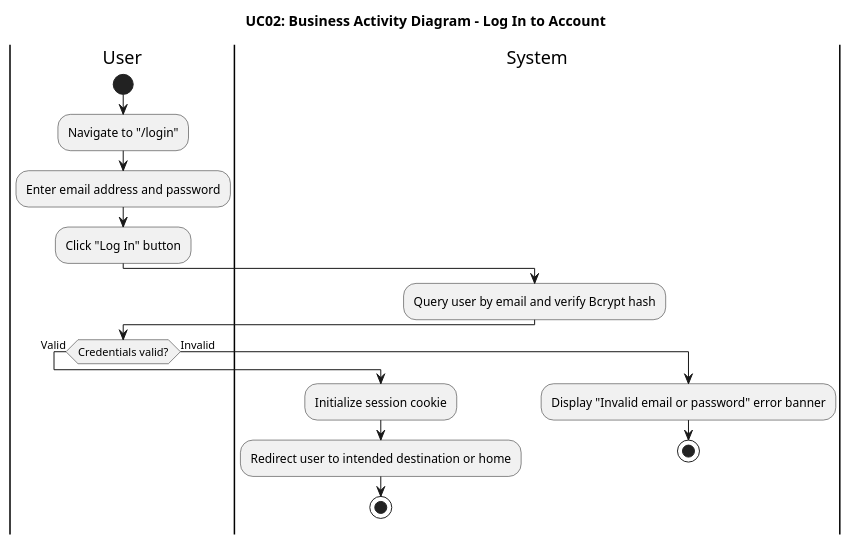
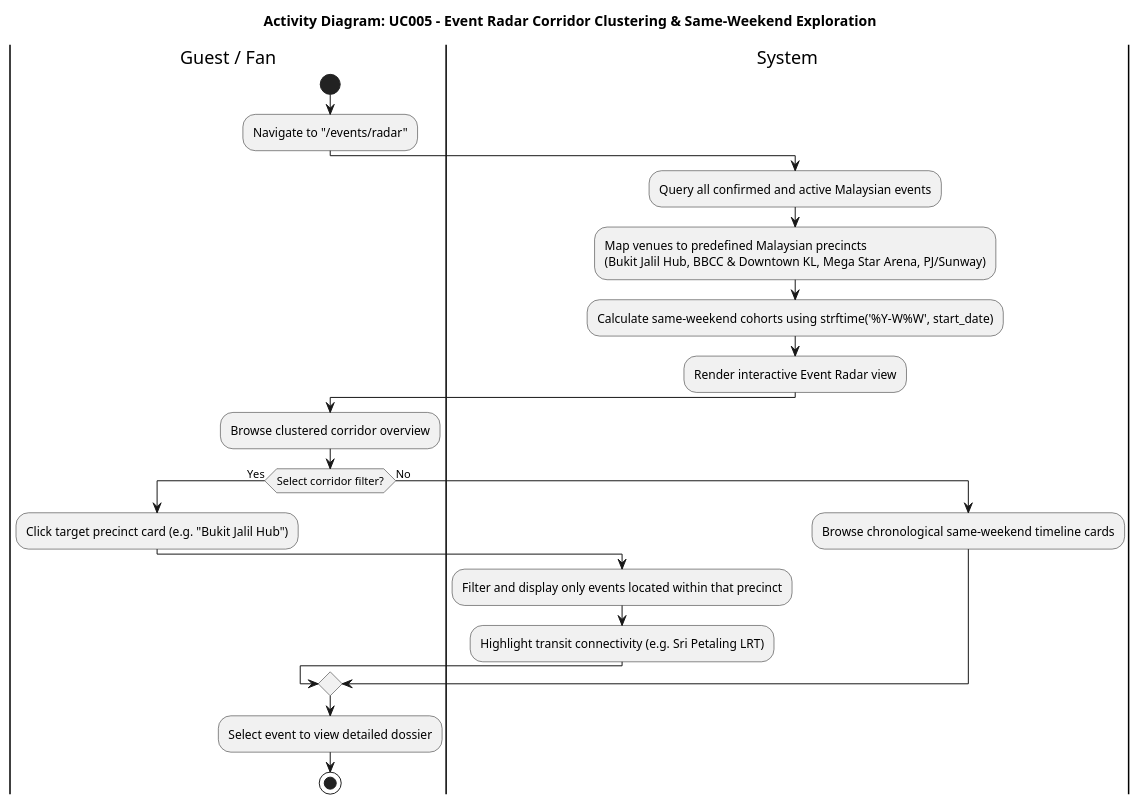
The second of 7 diagrams in docs/KSync_Business_Activity_Diagrams_All.puml (ammarsyaathir/ksync), drawn with PlantUML before and after one commit. The commit also changed other lines of this file and 12 other files, not shown here.

Commit message:
feat(redesign): complete system architecture redesign with Impeccable design system tokens, 42 use cases, PlantUML diagrams, 14-table ERD, and recompiled academic SRS deliverables

```diff
--- a/docs/KSync_Business_Activity_Diagrams_All.puml
+++ b/docs/KSync_Business_Activity_Diagrams_All.puml
@@ -40,27 +62,26 @@
-@startuml UC02_Activity
-skinparam monochrome true
-skinparam shadowing false
-skinparam defaultFontName Arial
-skinparam defaultTextAlignment center
+@startuml AD02_EventRadar
+title Activity Diagram: UC005 - Event Radar Corridor Clustering & Same-Weekend Exploration
+skinparam defaultFontName "Outfit, Arial, sans-serif"
 
-title UC02: Business Activity Diagram - Log In to Account
-
-|User|
+|Guest / Fan|
 start
-:Navigate to "/login";
-:Enter email address and password;
-:Click "Log In" button;
+:Navigate to "/events/radar";
 |System|
-:Query user by email and verify Bcrypt hash;
-|User|
-if (Credentials valid?) then (Valid)
+:Query all confirmed and active Malaysian events;
+:Map venues to predefined Malaysian precincts\n(Bukit Jalil Hub, BBCC & Downtown KL, Mega Star Arena, PJ/Sunway);
+:Calculate same-weekend cohorts using strftime('%Y-W%W', start_date);
+:Render interactive Event Radar view;
+|Guest / Fan|
+:Browse clustered corridor overview;
+if (Select corridor filter?) then (Yes)
+  :Click target precinct card (e.g. "Bukit Jalil Hub");
   |System|
-  :Initialize session cookie;
-  :Redirect user to intended destination or home;
-  stop
-else (Invalid)
-  |System|
-  :Display "Invalid email or password" error banner;
-  stop
+  :Filter and display only events located within that precinct;
+  :Highlight transit connectivity (e.g. Sri Petaling LRT);
+else (No)
+  :Browse chronological same-weekend timeline cards;
 endif
+|Guest / Fan|
+:Select event to view detailed dossier;
+stop
 @enduml
```
